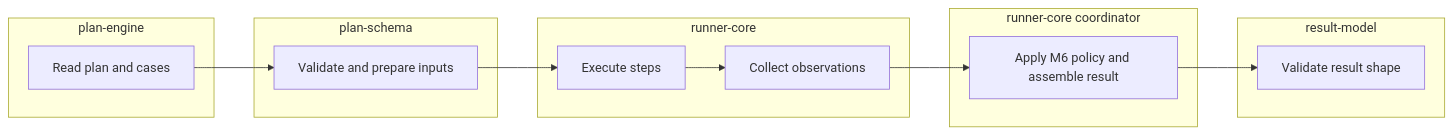
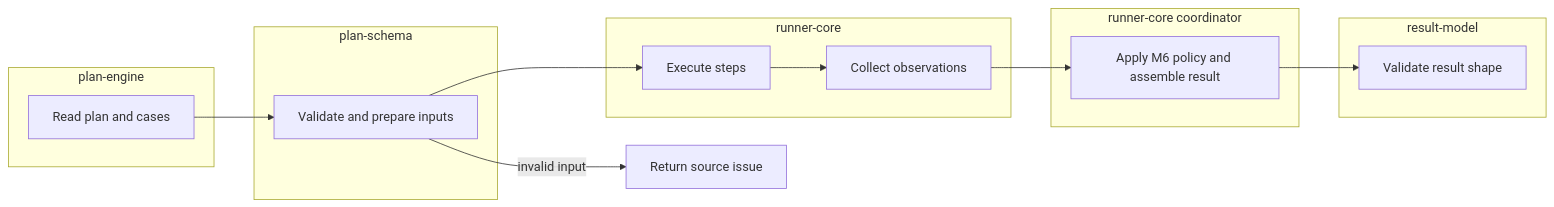
The diagram in Learning Plan/Phase 1/Lessons/13-integration-review.md (Scott-D-Hodgson/stagehand), drawn with Mermaid before and after one commit. The commit also changed other lines of this file and 2 other files, not shown here.

Commit message:
Verify invalid plans stop before browser hand-off

````diff
--- a/Learning Plan/Phase 1/Lessons/13-integration-review.md
+++ b/Learning Plan/Phase 1/Lessons/13-integration-review.md
@@ -12,22 +14,23 @@
 ```mermaid
 flowchart LR
     subgraph E[plan-engine]
         A[Read plan and cases]
     end
     subgraph S[plan-schema]
         V[Validate and prepare inputs]
     end
     subgraph R[runner-core]
         X[Execute steps] --> O[Collect observations]
     end
     subgraph C[runner-core coordinator]
         Z[Apply M6 policy and assemble result]
     end
     subgraph M[result-model]
         Q[Validate result shape]
     end
     A --> V
     V --> X
+    V -->|invalid input| F[Return source issue]
     O --> Z
     Z --> Q
 ```
````
